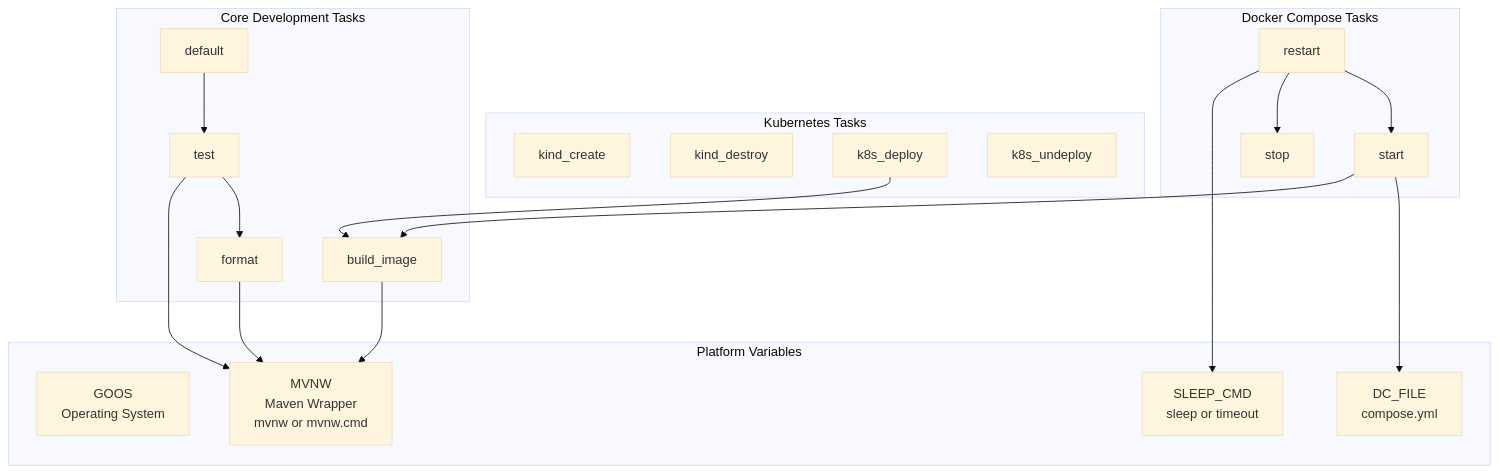
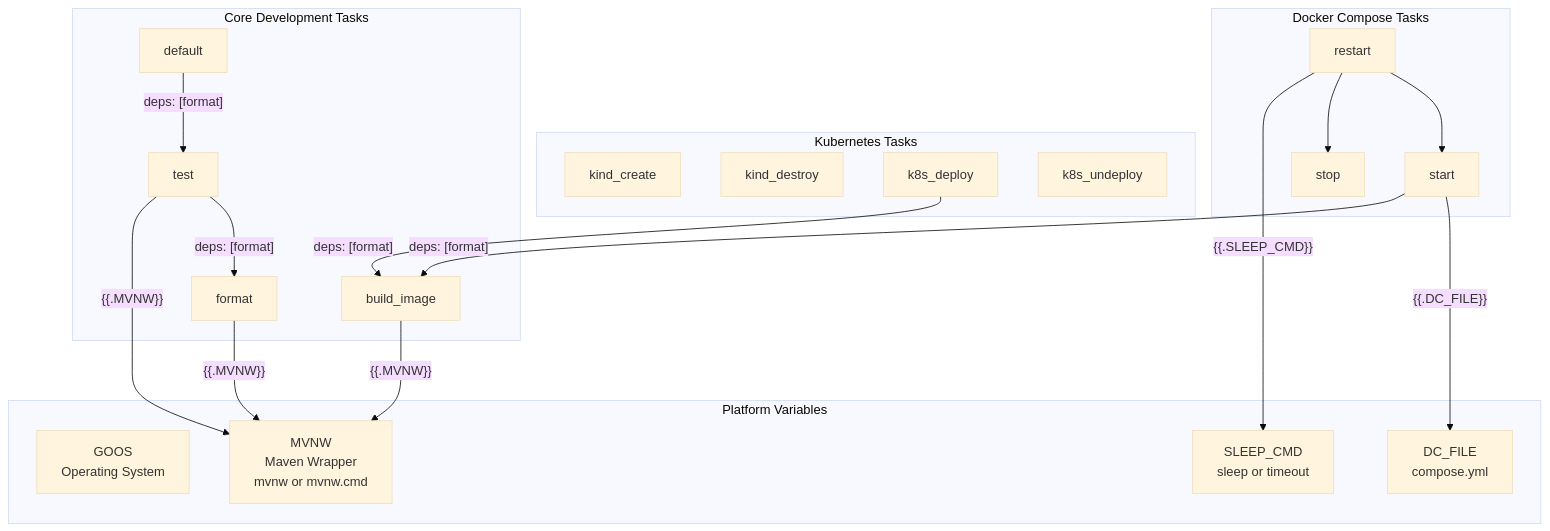
The first of 6 diagrams in docs/deepwiki/Development-Workflow-and-Build-Tasks.md (philipz/spring-modular-monolith), drawn with Mermaid (base theme) before and after one commit. The commit also changed other lines of this file and 55 other files, not shown here.

````diff
--- a/docs/deepwiki/Development-Workflow-and-Build-Tasks.md
+++ b/docs/deepwiki/Development-Workflow-and-Build-Tasks.md
@@ -24,58 +24,58 @@
 ```mermaid
 flowchart TD
 
 GOOS["GOOS<br>Operating System"]
 MVNW["MVNW<br>Maven Wrapper<br>mvnw or mvnw.cmd"]
 SLEEP_CMD["SLEEP_CMD<br>sleep or timeout"]
 DC_FILE["DC_FILE<br>compose.yml"]
 default["default"]
 test["test"]
 format["format"]
 build_image["build_image"]
 start["start"]
 stop["stop"]
 restart["restart"]
 kind_create["kind_create"]
 kind_destroy["kind_destroy"]
 k8s_deploy["k8s_deploy"]
 k8s_undeploy["k8s_undeploy"]
 
-start --> build_image
-k8s_deploy --> build_image
-format --> MVNW
-test --> MVNW
-build_image --> MVNW
-start --> DC_FILE
-restart --> SLEEP_CMD
+start -->|"deps: [format]"| build_image
+k8s_deploy -->|"deps: [format]"| build_image
+format -->|"{{.MVNW}}"| MVNW
+test -->|"{{.MVNW}}"| MVNW
+build_image -->|"{{.MVNW}}"| MVNW
+start -->|"{{.DC_FILE}}"| DC_FILE
+restart -->|"{{.SLEEP_CMD}}"| SLEEP_CMD
 
 subgraph subGraph3 ["Kubernetes Tasks"]
     kind_create
     kind_destroy
     k8s_deploy
     k8s_undeploy
 end
 
 subgraph subGraph2 ["Docker Compose Tasks"]
     start
     stop
     restart
     restart --> stop
     restart --> start
 end
 
 subgraph subGraph1 ["Core Development Tasks"]
     default
     test
     format
     build_image
-    default --> test
-    test --> format
+    default -->|"deps: [format]"| test
+    test -->|"deps: [format]"| format
 end
 
 subgraph subGraph0 ["Platform Variables"]
     GOOS
     MVNW
     SLEEP_CMD
     DC_FILE
 end
 ```
````
